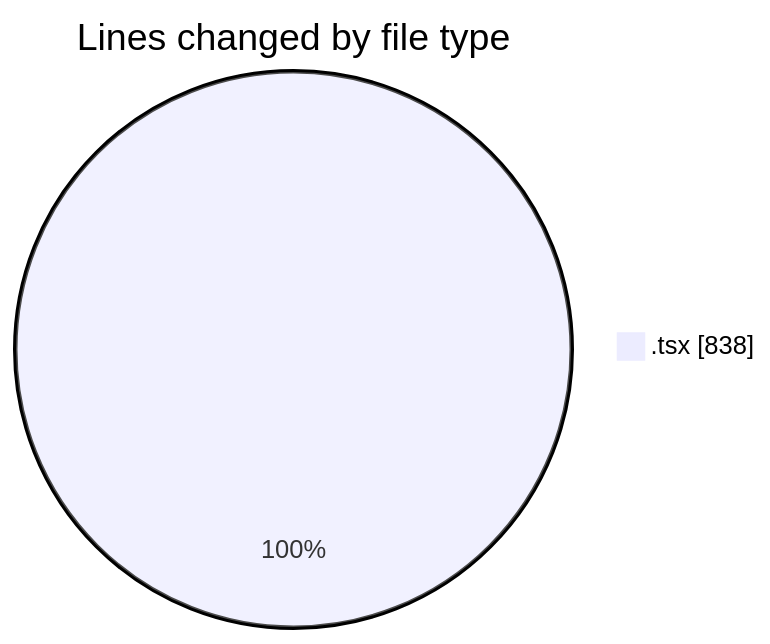
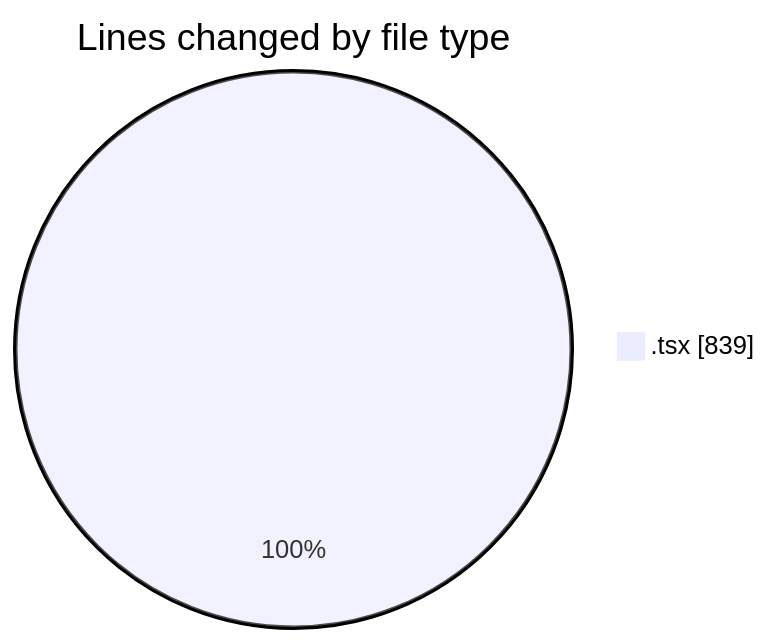
Before and after one commit to nxtqubesakshisongat/code-tracking: the first of 2 diagrams in 2026-05-19/nxtqube_webapp/README.md, drawn with Mermaid. The commit also changed other lines of this file and 1 other file, not shown here.

````diff
--- a/2026-05-19/nxtqube_webapp/README.md
+++ b/2026-05-19/nxtqube_webapp/README.md
@@ -24,5 +24,5 @@
 ```mermaid
 pie showData
 title Lines changed by file type
-".tsx" : 838
+".tsx" : 839
 ```
````
